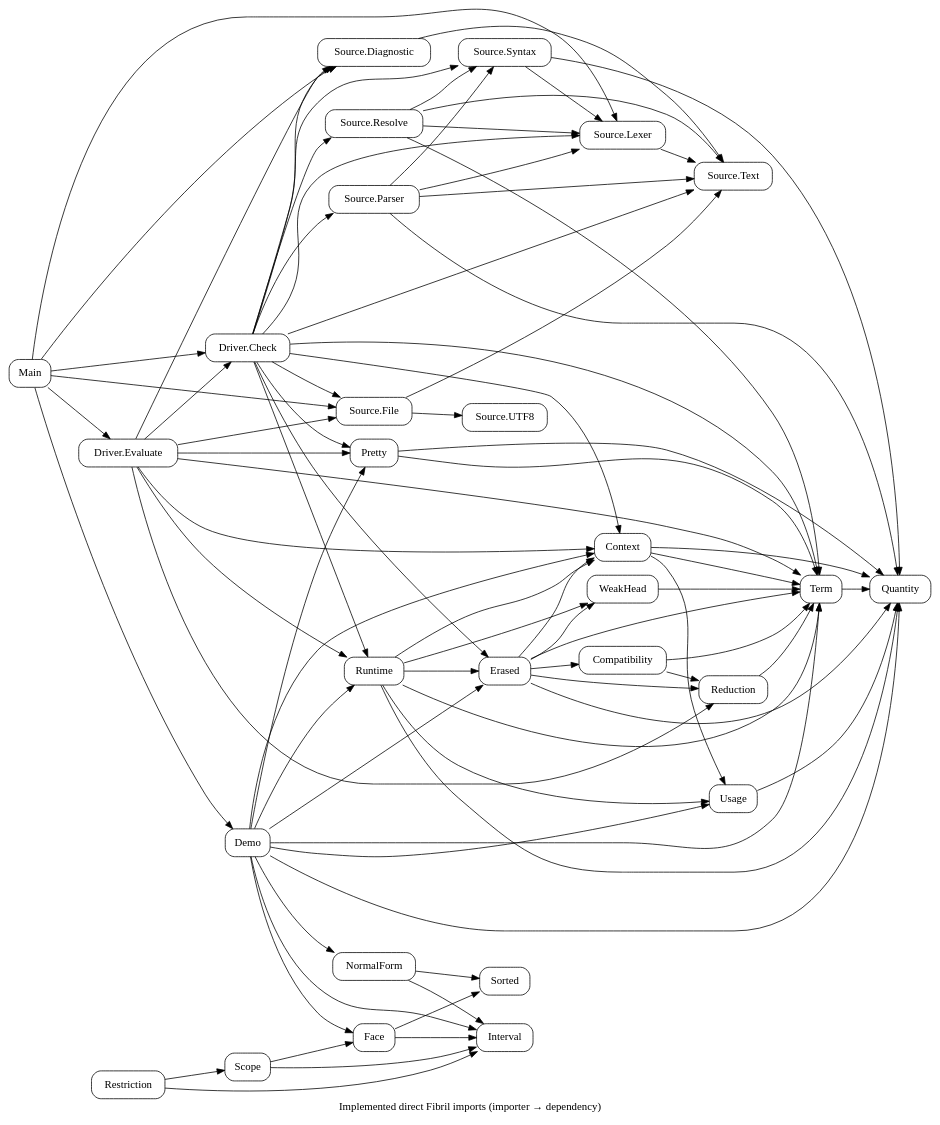
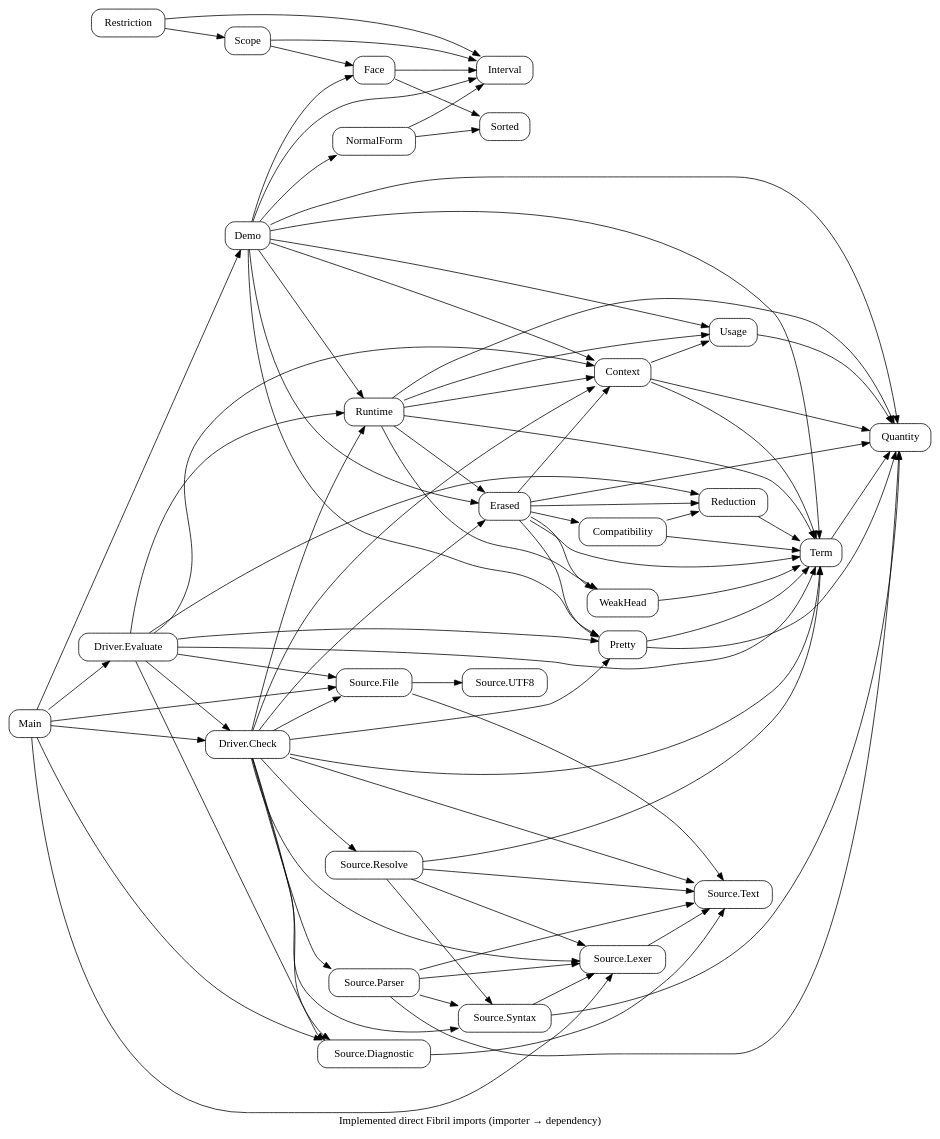
Before and after one commit to odunboye/fibril: the diagram in docs/diagrams/modules.dot, drawn with Graphviz. The commit also changed 19 other files, not shown here.

```diff
--- a/docs/diagrams/modules.dot
+++ b/docs/diagrams/modules.dot
@@ -1,25 +1,25 @@
 digraph Modules {
 rankdir=LR; node [shape=box,style=rounded];
 "Source.File" -> {"Source.UTF8" "Source.Text"};
 Main -> {"Source.File" "Source.Lexer" "Source.Diagnostic"};
 "Source.Diagnostic" -> "Source.Text";
 "Source.Lexer" -> "Source.Text";
 "Source.Syntax" -> {Quantity "Source.Lexer"};
 "Source.Parser" -> {Quantity "Source.Text" "Source.Lexer" "Source.Syntax"};
 "Source.Resolve" -> {Term "Source.Text" "Source.Lexer" "Source.Syntax"};
 "Driver.Check" -> {"Source.Text" "Source.Lexer" "Source.Syntax" "Source.Parser" "Source.Resolve" "Source.File" "Source.Diagnostic" Term Context Pretty Erased Runtime};
 Main -> {"Driver.Check" "Driver.Evaluate"};
 "Driver.Evaluate" -> {Context Term Pretty Reduction Runtime "Source.File" "Source.Diagnostic" "Driver.Check"};
 Quantity; Interval; NormalForm; Face; Scope; Restriction; Term;
 NormalForm -> {Interval Sorted}; Face -> {Interval Sorted};
 Scope -> {Interval Face}; Restriction -> {Interval Scope};
 Demo -> {Quantity Term Context Usage Pretty Erased Runtime Interval NormalForm Face};
 Main -> Demo;
 Pretty -> {Quantity Term};
 Term -> Quantity; Usage -> Quantity; Context -> {Quantity Term Usage};
 Reduction -> Term; WeakHead -> Term;
 Compatibility -> {Term Reduction};
-Erased -> {Quantity Term Context Compatibility WeakHead Reduction};
+Erased -> {Quantity Term Pretty Context Compatibility WeakHead Reduction};
 Runtime -> {Quantity Term Context Usage WeakHead Erased};
 label="Implemented direct Fibril imports (importer → dependency)";
 }
```
